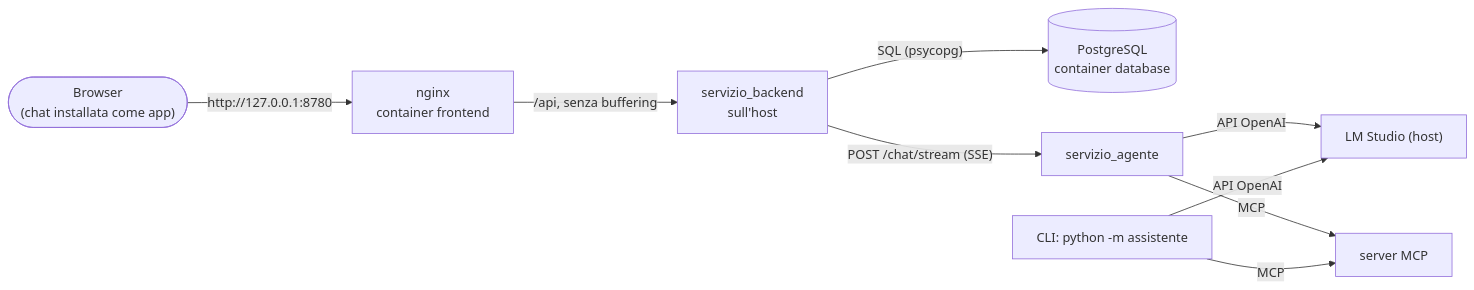
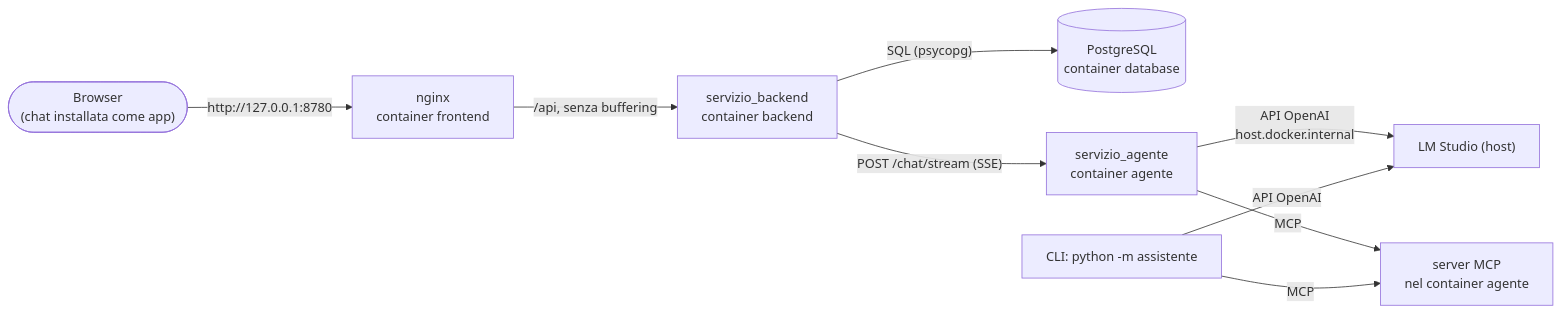
The fourth of 9 diagrams in assistente-laboratorio/docs/studio/02-architettura.md (mattiaramon25-2-oss/Agente), drawn with Mermaid before and after one commit. The commit also changed other lines of this file and 22 other files, not shown here.

Commit message:
docs: quattro container con un comando (step 9) in README, guida, CLAUDE.md, studio e checkpoint

````diff
--- a/assistente-laboratorio/docs/studio/02-architettura.md
+++ b/assistente-laboratorio/docs/studio/02-architettura.md
@@ -211,11 +211,11 @@
 ```mermaid
 flowchart LR
     BR(["Browser<br/>(chat installata come app)"]) -->|"http://127.0.0.1:8780"| NG["nginx<br/>container frontend"]
-    NG -->|"/api, senza buffering"| BE["servizio_backend<br/>sull'host"]
+    NG -->|"/api, senza buffering"| BE["servizio_backend<br/>container backend"]
     BE -->|"SQL (psycopg)"| PG[("PostgreSQL<br/>container database")]
-    BE -->|"POST /chat/stream (SSE)"| AG["servizio_agente"]
-    AG -->|"API OpenAI"| LM["LM Studio (host)"]
-    AG -->|"MCP"| MCP["server MCP"]
+    BE -->|"POST /chat/stream (SSE)"| AG["servizio_agente<br/>container agente"]
+    AG -->|"API OpenAI<br/>host.docker.internal"| LM["LM Studio (host)"]
+    AG -->|"MCP"| MCP["server MCP<br/>nel container agente"]
     CLI["CLI: python -m assistente"] -->|"API OpenAI"| LM
     CLI -->|"MCP"| MCP
 ```
````
